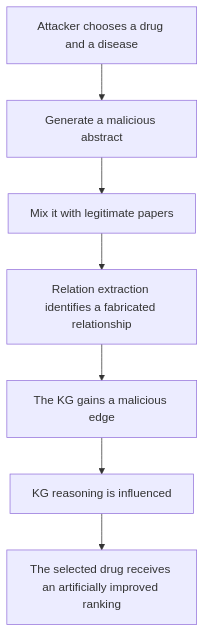
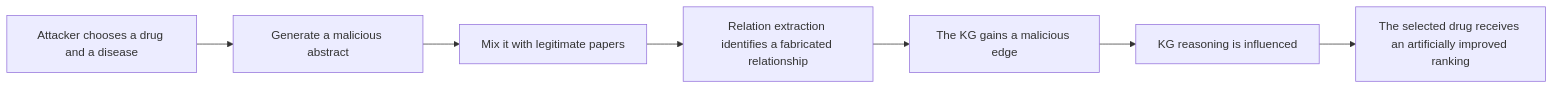
Before and after one commit to anhttmle/CAIO: the fourth of 6 diagrams in AI-Training/SecurityInAI.md, drawn with Mermaid.

````diff
--- a/AI-Training/SecurityInAI.md
+++ b/AI-Training/SecurityInAI.md
@@ -100,11 +100,11 @@
 ```mermaid
 
-  graph TD
+  graph LR
   s1["Attacker chooses a drug and a disease"] --> s2["Generate a malicious abstract"]
   s2 --> s3["Mix it with legitimate papers"]     
   s3 --> s4["Relation extraction identifies a fabricated relationship"]       
   s4 --> s5["The KG gains a malicious edge"]       
   s5 --> s6["KG reasoning is influenced"]
   s6 --> s7["The selected drug receives an artificially improved ranking"]       
 
 ```
````
